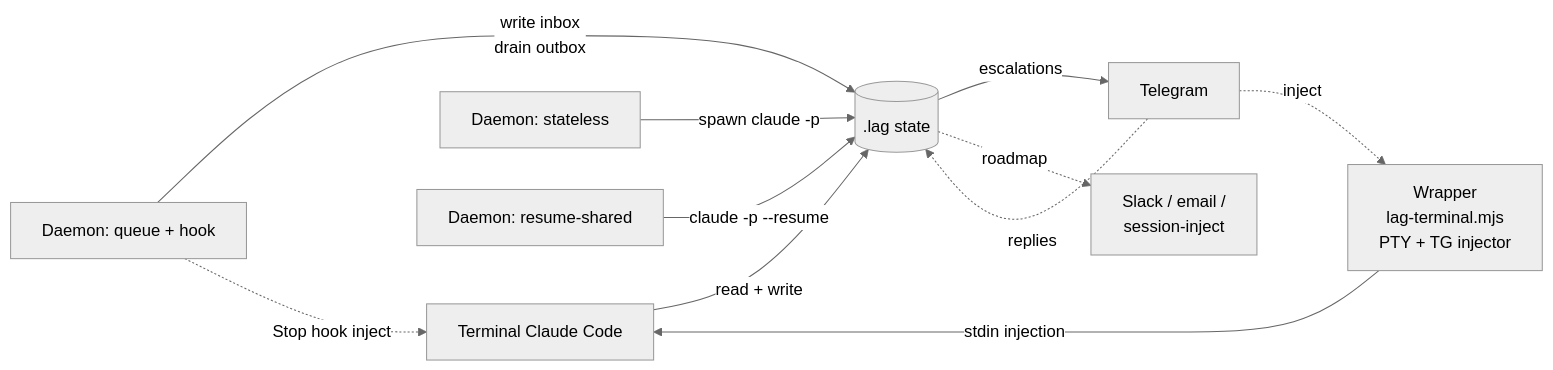
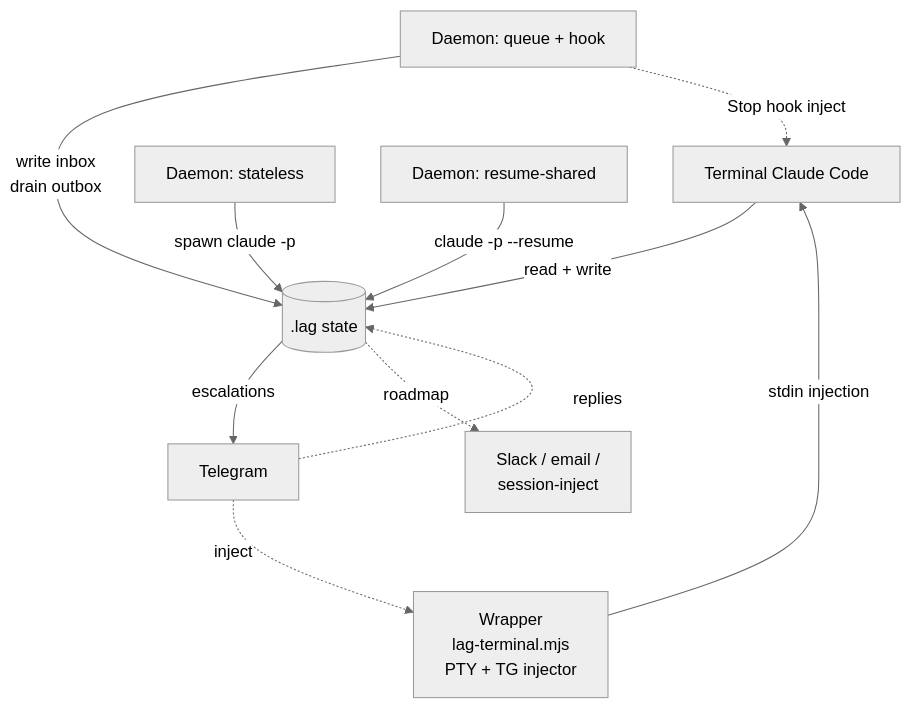
Before and after one commit to stephengardner/layered-autonomous-governance: the second of 2 diagrams in README.md, drawn with Mermaid (neutral theme). The commit also changed other lines of this file and 1 other file, not shown here.

````diff
--- a/README.md
+++ b/README.md
@@ -65,14 +69,14 @@
 ```mermaid
-%%{init: {'flowchart': {'diagramPadding': 40, 'nodeSpacing': 40, 'rankSpacing': 50}}}%%
-flowchart LR
+%%{init: {'flowchart': {'diagramPadding': 24, 'nodeSpacing': 44, 'rankSpacing': 52}}}%%
+flowchart TB
   TERM[Terminal Claude Code] -->|read + write| LAG[(.lag state)]
   WRAP[Wrapper<br/>lag-terminal.mjs<br/>PTY + TG injector] -->|stdin injection| TERM
   D1[Daemon: stateless] -->|spawn claude -p| LAG
   D2[Daemon: resume-shared] -->|claude -p --resume| LAG
   D3[Daemon: queue + hook] -->|write inbox<br/>drain outbox| LAG
   LAG -->|escalations| TG[Telegram]
   TG -.replies.-> LAG
   TG -.inject.-> WRAP
   D3 -.Stop hook inject.-> TERM
   LAG -.roadmap.-> FUT[Slack / email /<br/>session-inject]
 ```
````
